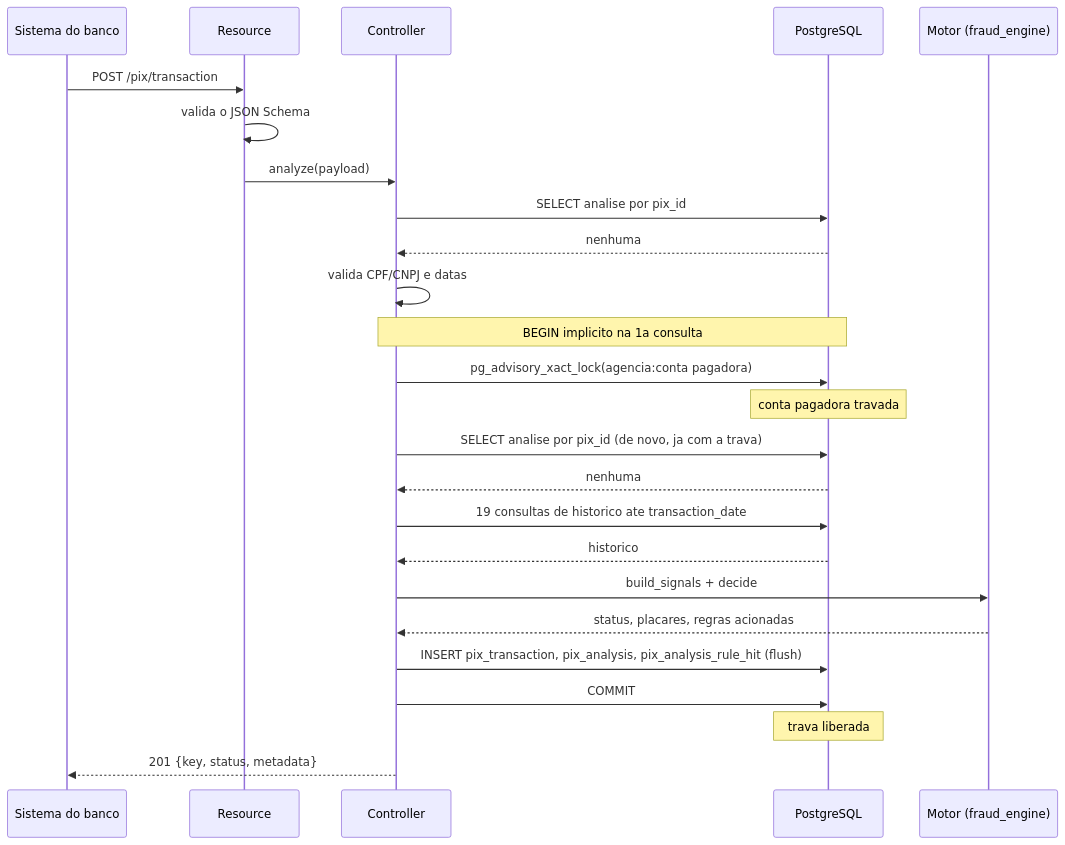
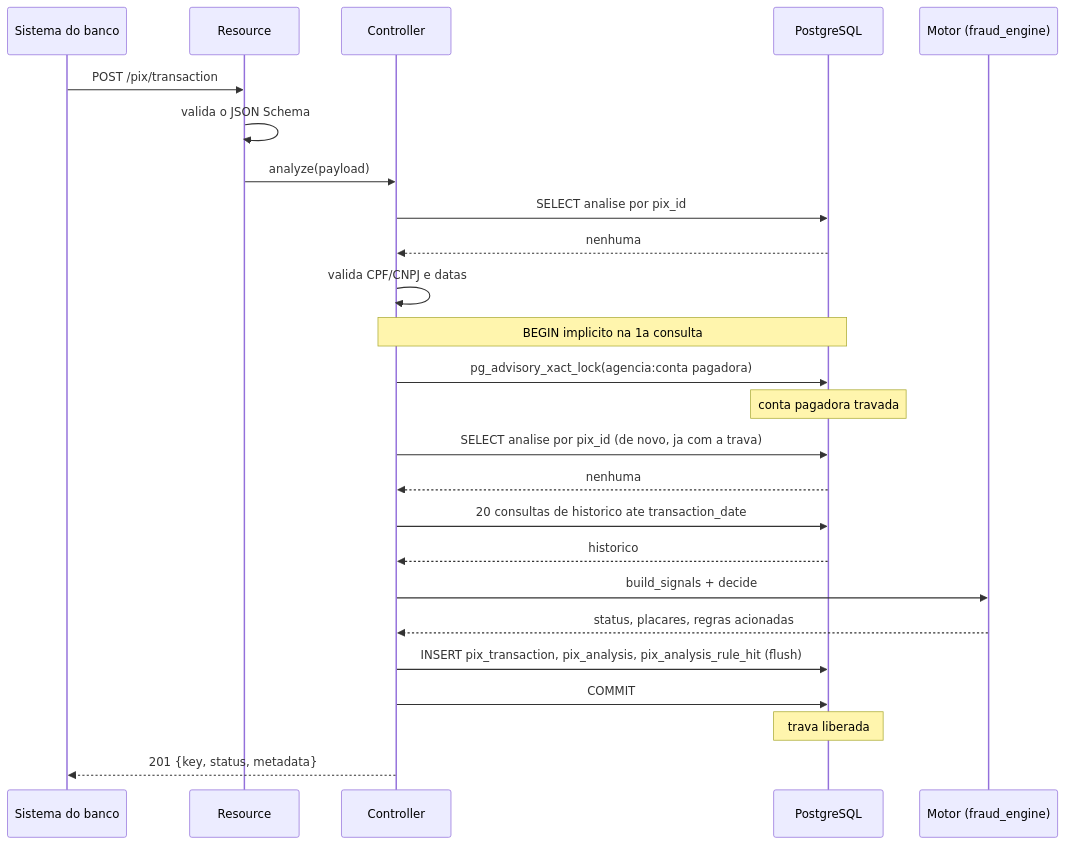
One commit to victor-kazu/hackathon-qi26-pixrepo changed the second of 3 diagrams in docs/rfc/RFC-antifraude-pix.md. Above: the diagram before and after it, drawn with Mermaid. The commit also changed other lines of this file and 8 other files, not shown here.

````diff
--- a/docs/rfc/RFC-antifraude-pix.md
+++ b/docs/rfc/RFC-antifraude-pix.md
@@ -118,27 +118,27 @@
 ```mermaid
 sequenceDiagram
     participant C as Sistema do banco
     participant R as Resource
     participant CT as Controller
     participant DB as PostgreSQL
     participant M as Motor (fraud_engine)
     C->>R: POST /pix/transaction
     R->>R: valida o JSON Schema
     R->>CT: analyze(payload)
     CT->>DB: SELECT analise por pix_id
     DB-->>CT: nenhuma
     CT->>CT: valida CPF/CNPJ e datas
     Note over CT,DB: BEGIN implicito na 1a consulta
     CT->>DB: pg_advisory_xact_lock(agencia:conta pagadora)
     Note over DB: conta pagadora travada
     CT->>DB: SELECT analise por pix_id (de novo, ja com a trava)
     DB-->>CT: nenhuma
-    CT->>DB: 19 consultas de historico ate transaction_date
+    CT->>DB: 20 consultas de historico ate transaction_date
     DB-->>CT: historico
     CT->>M: build_signals + decide
     M-->>CT: status, placares, regras acionadas
     CT->>DB: INSERT pix_transaction, pix_analysis, pix_analysis_rule_hit (flush)
     CT->>DB: COMMIT
     Note over DB: trava liberada
     CT-->>C: 201 {key, status, metadata}
 ```
````
